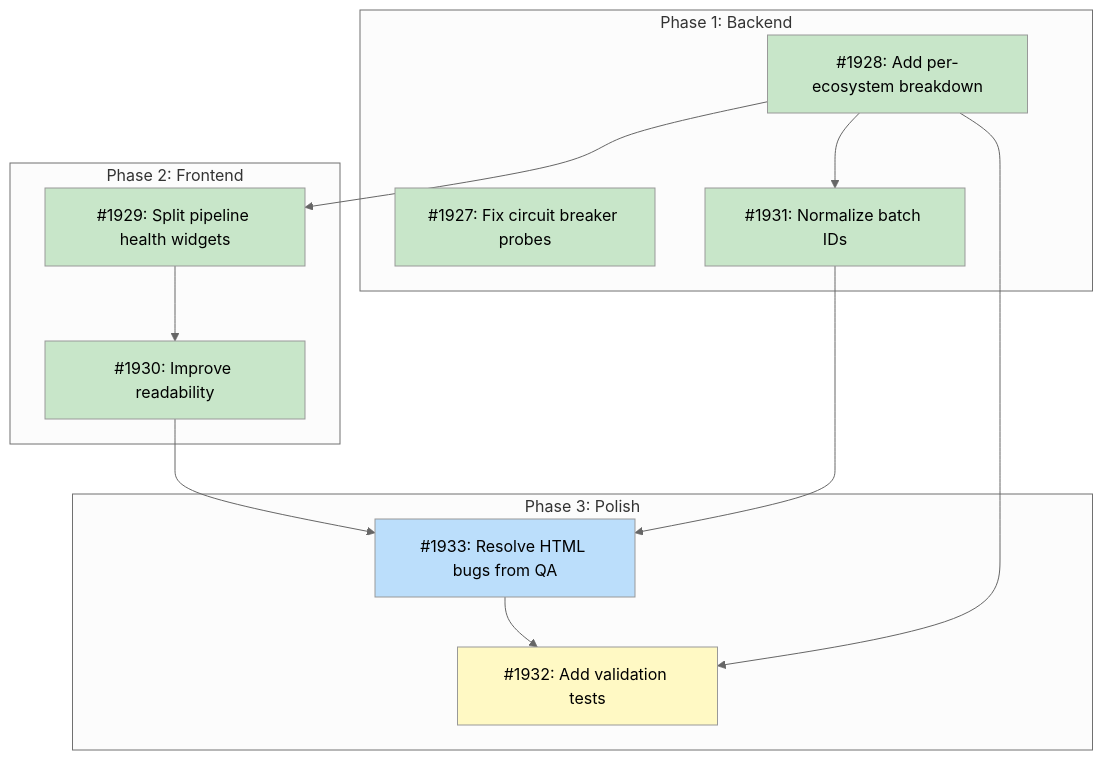
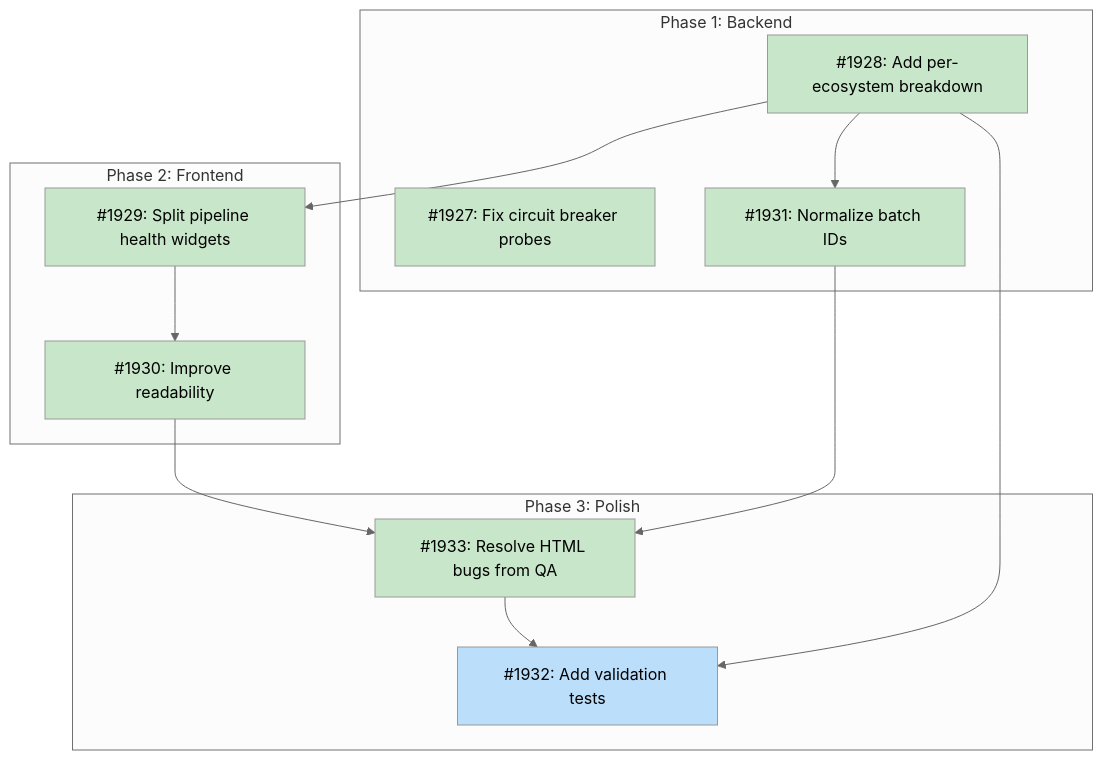
One commit to tsukumogami/tsuku changed the diagram in docs/designs/DESIGN-pipeline-dashboard-overhaul.md. Above: the diagram before and after it, drawn with Mermaid (neutral theme). The commit also changed other lines of this file and 1 other file, not shown here.

Commit message:
docs(#1933): mark HTML bug fixes as complete in design doc

````diff
--- a/docs/designs/DESIGN-pipeline-dashboard-overhaul.md
+++ b/docs/designs/DESIGN-pipeline-dashboard-overhaul.md
@@ -55,36 +55,35 @@
 ```mermaid
 graph TD
     subgraph Phase1["Phase 1: Backend"]
         I1927["#1927: Fix circuit breaker probes"]
         I1928["#1928: Add per-ecosystem breakdown"]
         I1931["#1931: Normalize batch IDs"]
     end
 
     subgraph Phase2["Phase 2: Frontend"]
         I1929["#1929: Split pipeline health widgets"]
         I1930["#1930: Improve readability"]
     end
 
     subgraph Phase3["Phase 3: Polish"]
         I1933["#1933: Resolve HTML bugs from QA"]
         I1932["#1932: Add validation tests"]
     end
 
     I1928 --> I1929
     I1928 --> I1931
     I1928 --> I1932
     I1929 --> I1930
     I1930 --> I1933
     I1931 --> I1933
     I1933 --> I1932
 
     classDef done fill:#c8e6c9
     classDef ready fill:#bbdefb
     classDef blocked fill:#fff9c4
     classDef needsDesign fill:#e1bee7
     classDef tracksDesign fill:#FFE0B2,stroke:#F57C00,color:#000
 
-    class I1927,I1928,I1929,I1930,I1931 done
-    class I1933 ready
-    class I1932 blocked
+    class I1927,I1928,I1929,I1930,I1931,I1933 done
+    class I1932 ready
 ```
````
